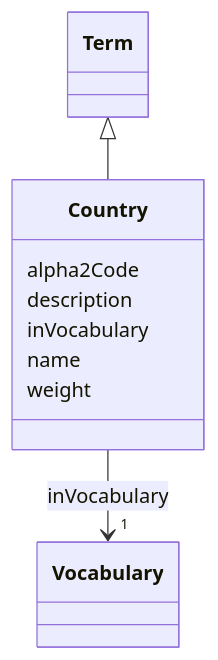
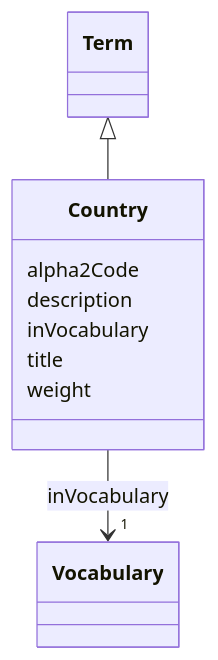
One commit to EVORA-project/evora-ontology changed the diagram in models/docs/Country.md. Above: the diagram before and after it, drawn with Mermaid. The commit also changed other lines of this file and 435 other files, not shown here.

````diff
--- a/models/docs/Country.md
+++ b/models/docs/Country.md
@@ -19,26 +19,26 @@
 ```mermaid
  classDiagram
     class Country
     click Country href "../Country"
       Term <|-- Country
         click Term href "../Term"
       
       Country : alpha2Code
         
       Country : description
         
       Country : inVocabulary
         
           
     
     
     Country --> "1" Vocabulary : inVocabulary
     click Vocabulary href "../Vocabulary"
 
         
-      Country : name
+      Country : title
         
       Country : weight
         
       
 ```
````
